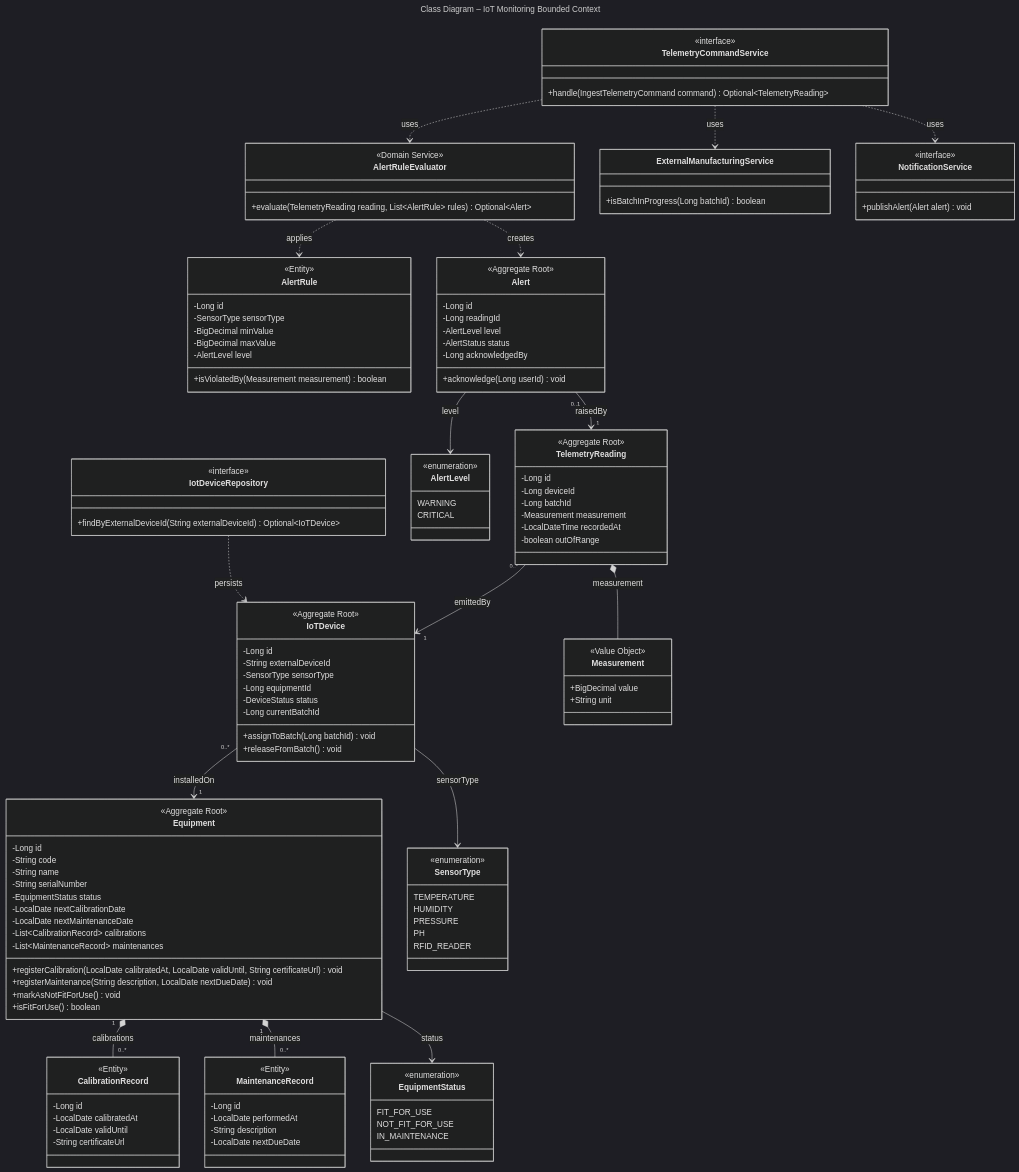
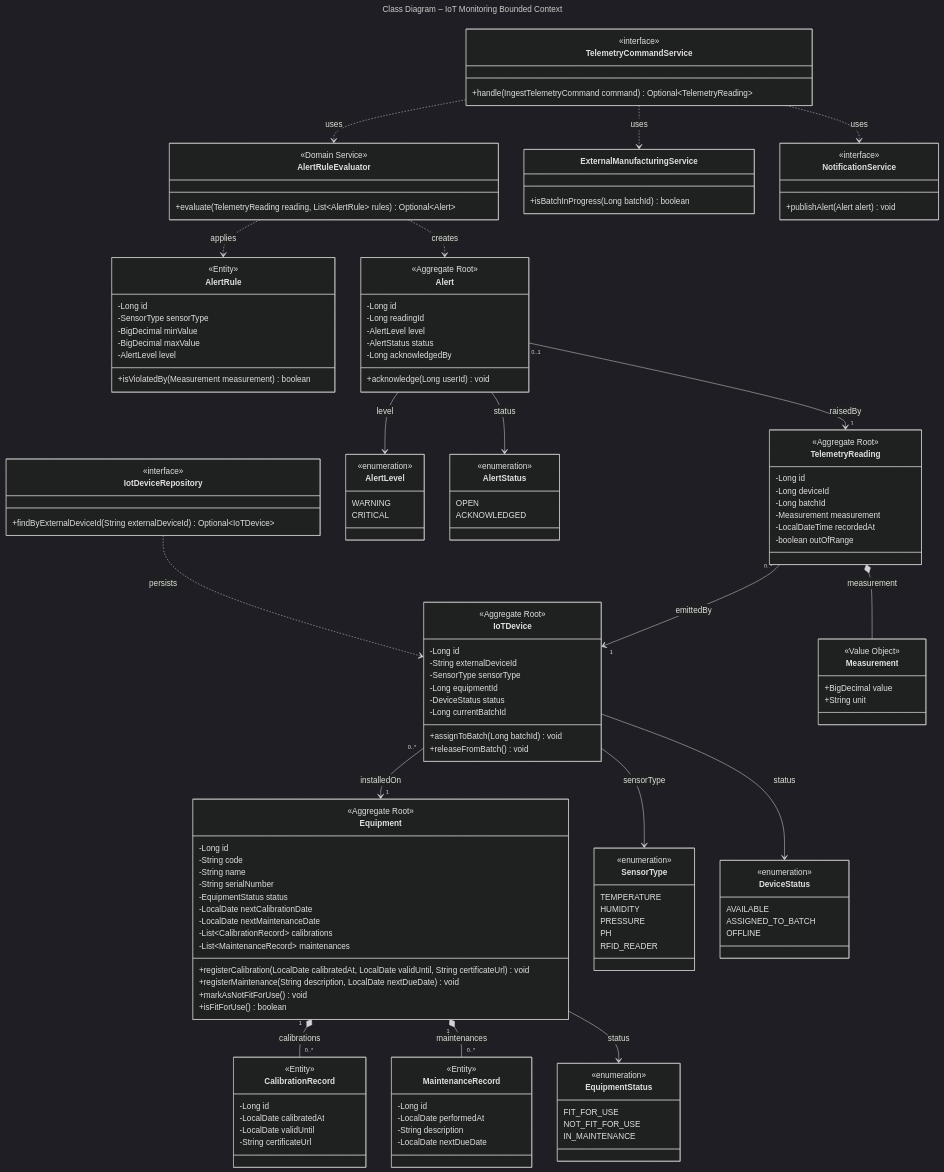
The diagram in report/assets/diagrams/mermaid/class-05-iot.mmd (IngesCompany/doofplus-report), drawn with Mermaid (dark theme) before and after one commit. The commit also changed 2 other files, not shown here.

Commit message:
fix(diagrams): add the missing enums to the class diagrams

```diff
--- a/report/assets/diagrams/mermaid/class-05-iot.mmd
+++ b/report/assets/diagrams/mermaid/class-05-iot.mmd
@@ -1,131 +1,144 @@
 ---
 title: "Class Diagram – IoT Monitoring Bounded Context"
 ---
 classDiagram
   direction TB
   class Equipment {
     <<Aggregate Root>>
     -Long id
     -String code
     -String name
     -String serialNumber
     -EquipmentStatus status
     -LocalDate nextCalibrationDate
     -LocalDate nextMaintenanceDate
     -List~CalibrationRecord~ calibrations
     -List~MaintenanceRecord~ maintenances
     +registerCalibration(LocalDate calibratedAt, LocalDate validUntil, String certificateUrl) void
     +registerMaintenance(String description, LocalDate nextDueDate) void
     +markAsNotFitForUse() void
     +isFitForUse() boolean
   }
   class CalibrationRecord {
     <<Entity>>
     -Long id
     -LocalDate calibratedAt
     -LocalDate validUntil
     -String certificateUrl
   }
   class MaintenanceRecord {
     <<Entity>>
     -Long id
     -LocalDate performedAt
     -String description
     -LocalDate nextDueDate
   }
   class IoTDevice {
     <<Aggregate Root>>
     -Long id
     -String externalDeviceId
     -SensorType sensorType
     -Long equipmentId
     -DeviceStatus status
     -Long currentBatchId
     +assignToBatch(Long batchId) void
     +releaseFromBatch() void
   }
   class TelemetryReading {
     <<Aggregate Root>>
     -Long id
     -Long deviceId
     -Long batchId
     -Measurement measurement
     -LocalDateTime recordedAt
     -boolean outOfRange
   }
   class AlertRule {
     <<Entity>>
     -Long id
     -SensorType sensorType
     -BigDecimal minValue
     -BigDecimal maxValue
     -AlertLevel level
     +isViolatedBy(Measurement measurement) boolean
   }
   class Alert {
     <<Aggregate Root>>
     -Long id
     -Long readingId
     -AlertLevel level
     -AlertStatus status
     -Long acknowledgedBy
     +acknowledge(Long userId) void
   }
   class Measurement {
     <<Value Object>>
     +BigDecimal value
     +String unit
   }
   class AlertRuleEvaluator {
     <<Domain Service>>
     +evaluate(TelemetryReading reading, List~AlertRule~ rules) Optional~Alert~
   }
   class SensorType {
     <<enumeration>>
     TEMPERATURE
     HUMIDITY
     PRESSURE
     PH
     RFID_READER
   }
   class EquipmentStatus {
     <<enumeration>>
     FIT_FOR_USE
     NOT_FIT_FOR_USE
     IN_MAINTENANCE
   }
   class AlertLevel {
     <<enumeration>>
     WARNING
     CRITICAL
   }
+  class DeviceStatus {
+    <<enumeration>>
+    AVAILABLE
+    ASSIGNED_TO_BATCH
+    OFFLINE
+  }
+  class AlertStatus {
+    <<enumeration>>
+    OPEN
+    ACKNOWLEDGED
+  }
   class TelemetryCommandService {
     <<interface>>
     +handle(IngestTelemetryCommand command) Optional~TelemetryReading~
   }
   class IotDeviceRepository {
     <<interface>>
     +findByExternalDeviceId(String externalDeviceId) Optional~IoTDevice~
   }
   class ExternalManufacturingService {
     +isBatchInProgress(Long batchId) boolean
   }
   class NotificationService {
     <<interface>>
     +publishAlert(Alert alert) void
   }
   Equipment "1" *-- "0..*" CalibrationRecord : calibrations
   Equipment "1" *-- "0..*" MaintenanceRecord : maintenances
   IoTDevice "0..*" --> "1" Equipment : installedOn
   TelemetryReading "0..*" --> "1" IoTDevice : emittedBy
   TelemetryReading *-- Measurement : measurement
   Alert "0..1" --> "1" TelemetryReading : raisedBy
   AlertRuleEvaluator ..> AlertRule : applies
   AlertRuleEvaluator ..> Alert : creates
   IoTDevice --> SensorType : sensorType
   Equipment --> EquipmentStatus : status
   Alert --> AlertLevel : level
+  IoTDevice --> DeviceStatus : status
+  Alert --> AlertStatus : status
   TelemetryCommandService ..> AlertRuleEvaluator : uses
   TelemetryCommandService ..> ExternalManufacturingService : uses
   TelemetryCommandService ..> NotificationService : uses
   IotDeviceRepository ..> IoTDevice : persists
```
